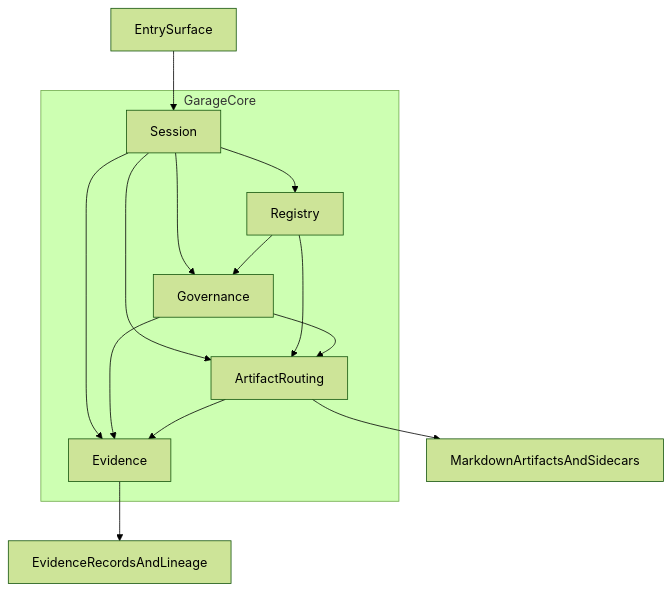
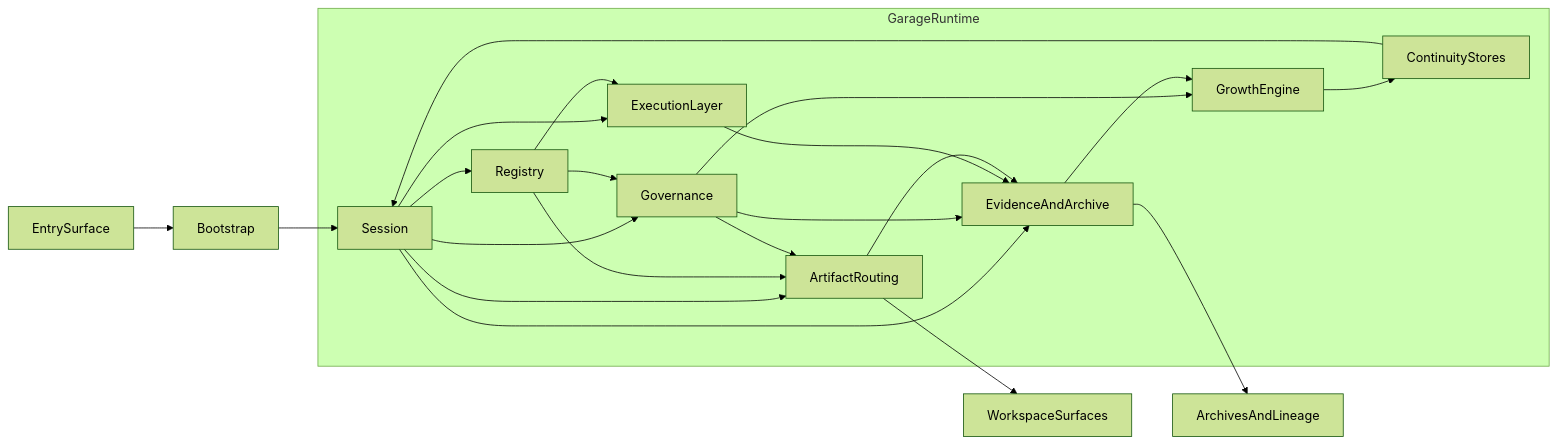
Before and after one commit to hujianbest/garage-teams: the diagram in docs/architecture/A120-garage-core-subsystems-architecture.md, drawn with Mermaid (forest theme). The commit also changed other lines of this file and 32 other files, not shown here.

````diff
--- a/docs/architecture/A120-garage-core-subsystems-architecture.md
+++ b/docs/architecture/A120-garage-core-subsystems-architecture.md
@@ -118,20 +71,30 @@
 ```mermaid
-flowchart TD
-    entry[EntrySurface] --> session[Session]
+flowchart LR
+    entry[EntrySurface] --> bootstrap[Bootstrap]
+    bootstrap --> session[Session]
 
-    subgraph garageCore [GarageCore]
+    subgraph runtime [GarageRuntime]
         session --> registry[Registry]
         session --> governance[Governance]
         session --> routing[ArtifactRouting]
-        session --> evidence[Evidence]
+        session --> exec[ExecutionLayer]
+        session --> evidence[EvidenceAndArchive]
 
         registry --> governance
         registry --> routing
+        registry --> exec
+
         governance --> routing
         governance --> evidence
+        governance --> growth[GrowthEngine]
+
+        exec --> evidence
         routing --> evidence
+        evidence --> growth
+        growth --> continuity[ContinuityStores]
+        continuity --> session
     end
 
-    routing --> artifacts[MarkdownArtifactsAndSidecars]
-    evidence --> records[EvidenceRecordsAndLineage]
+    routing --> workspace[WorkspaceSurfaces]
+    evidence --> archives[ArchivesAndLineage]
 ```
````
